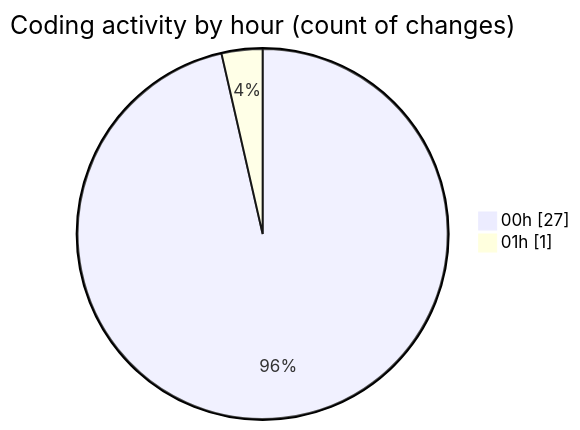
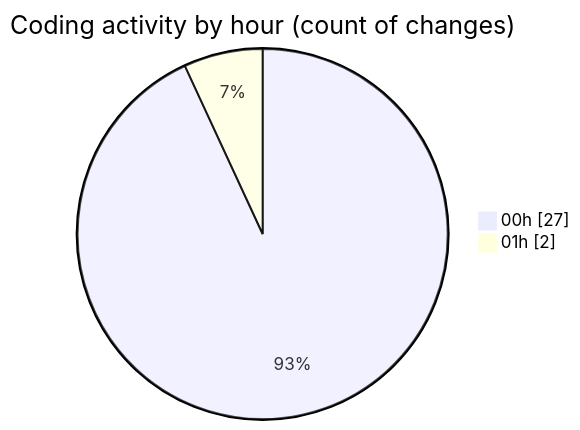
One commit to lephambinh05/code-tracking changed the second of 2 diagrams in 2025-07-17/nhahang/README.md. Above: the diagram before and after it, drawn with Mermaid. The commit also changed other lines of this file and 1 other file, not shown here.

````diff
--- a/2025-07-17/nhahang/README.md
+++ b/2025-07-17/nhahang/README.md
@@ -40,6 +40,6 @@
 ```mermaid
 pie showData
 title Coding activity by hour (count of changes)
 "00h" : 27
-"01h" : 1
+"01h" : 2
 ```
````
